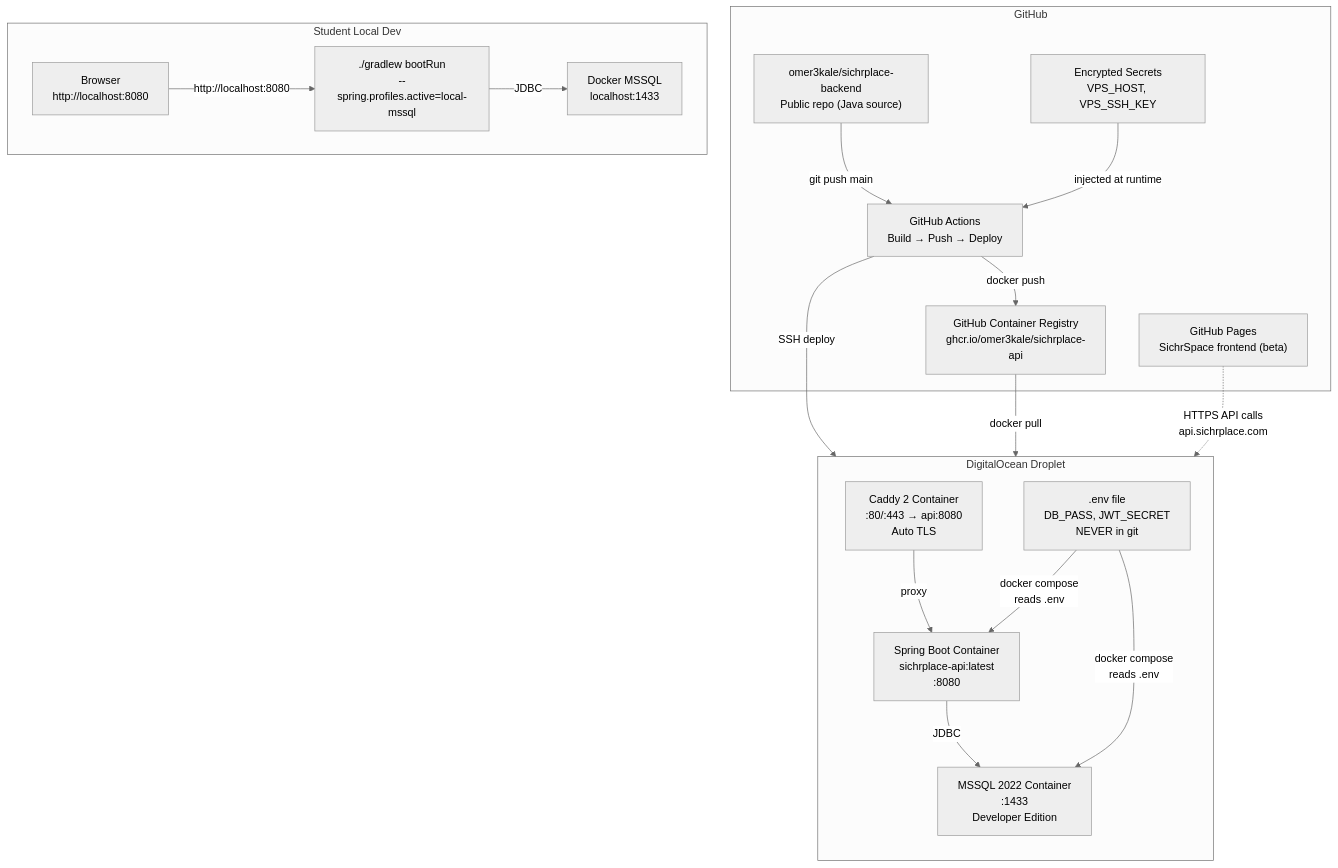
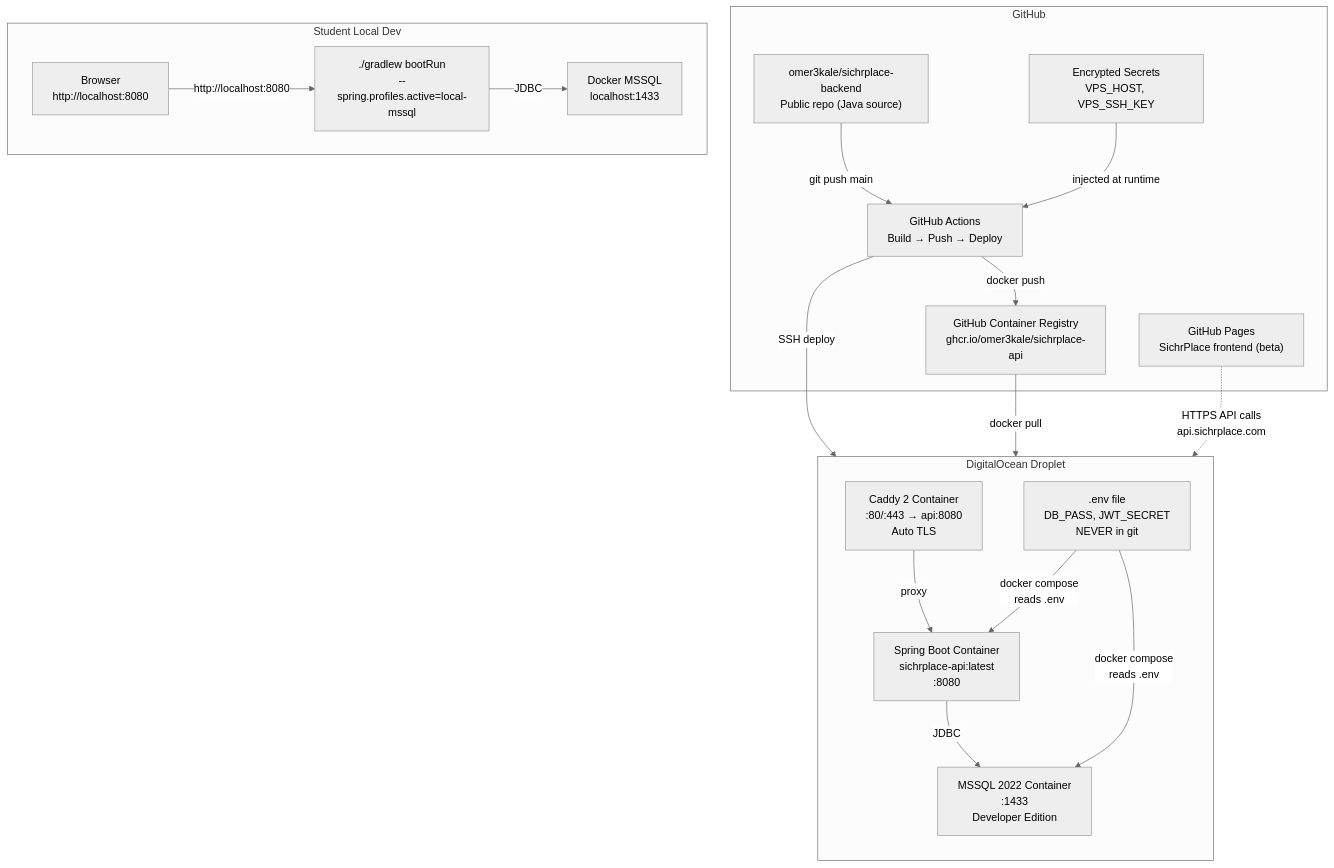
The fourth of 5 diagrams in docs/diagrams/architecture_flow.md (omer3kale/SichrSpace), drawn with Mermaid (neutral theme) before and after one commit. The commit also changed other lines of this file and 5 other files, not shown here.

Commit message:
docs: replace SichrSpace with copyrighted SichrPlace name throughout

````diff
--- a/docs/diagrams/architecture_flow.md
+++ b/docs/diagrams/architecture_flow.md
@@ -227,40 +227,40 @@
 ```mermaid
 graph TB
     subgraph "GitHub"
         REPO["omer3kale/sichrplace-backend<br/>Public repo (Java source)"]
         GHCR["GitHub Container Registry<br/>ghcr.io/omer3kale/sichrplace-api"]
         ACTIONS["GitHub Actions<br/>Build → Push → Deploy"]
         SECRETS["Encrypted Secrets<br/>VPS_HOST, VPS_SSH_KEY"]
-        PAGES["GitHub Pages<br/>SichrSpace frontend (beta)"]
+        PAGES["GitHub Pages<br/>SichrPlace frontend (beta)"]
     end
 
     subgraph "DigitalOcean Droplet"
         direction TB
         CADDY2["Caddy 2 Container<br/>:80/:443 → api:8080<br/>Auto TLS"]
         API["Spring Boot Container<br/>sichrplace-api:latest<br/>:8080"]
         MSSQL["MSSQL 2022 Container<br/>:1433<br/>Developer Edition"]
         ENV[".env file<br/>DB_PASS, JWT_SECRET<br/>NEVER in git"]
     end
 
     subgraph "Student Local Dev"
         LOCAL_MSSQL["Docker MSSQL<br/>localhost:1433"]
         BOOT["./gradlew bootRun<br/>--spring.profiles.active=local-mssql"]
         BROWSER["Browser<br/>http://localhost:8080"]
     end
 
     REPO -->|"git push main"| ACTIONS
     ACTIONS -->|"docker push"| GHCR
     ACTIONS -->|"SSH deploy"| API
     GHCR -->|"docker pull"| API
     SECRETS -->|"injected at runtime"| ACTIONS
 
     CADDY2 -->|"proxy"| API
     API -->|"JDBC"| MSSQL
     ENV -->|"docker compose<br/>reads .env"| API
     ENV -->|"docker compose<br/>reads .env"| MSSQL
 
     PAGES -.->|"HTTPS API calls<br/>api.sichrplace.com"| CADDY2
 
     BOOT -->|"JDBC"| LOCAL_MSSQL
     BROWSER -->|"http://localhost:8080"| BOOT
 ```
````
